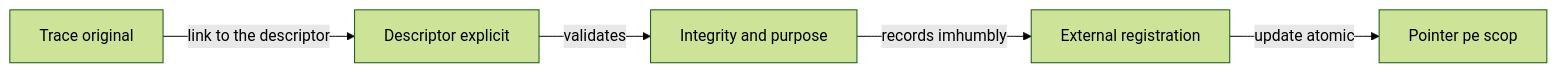
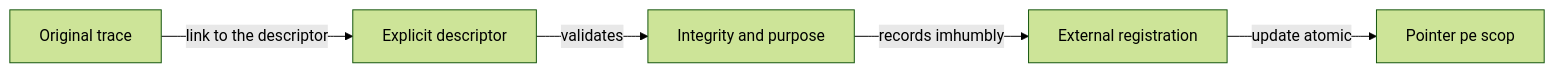
One commit to crististefanita/atf_j4 changed the diagram in docs/reporting/ATF_Handoff.md. Above: the diagram before and after it, drawn with Mermaid (forest theme). The commit also changed other lines of this file and 84 other files, not shown here.

````diff
--- a/docs/reporting/ATF_Handoff.md
+++ b/docs/reporting/ATF_Handoff.md
@@ -9,7 +9,7 @@
 ```mermaid
 flowchart LR
-    TRACE[Trace original] -->|link to the descriptor| DESC[Descriptor explicit]
+    TRACE[Original trace] -->|link to the descriptor| DESC[Explicit descriptor]
     DESC -->|validates| CHECK[Integrity and purpose]
     CHECK -->|records imhumbly| ARCH[External registration]
     ARCH -->|update atomic| POINTER[Pointer pe scop]
 ```
````
